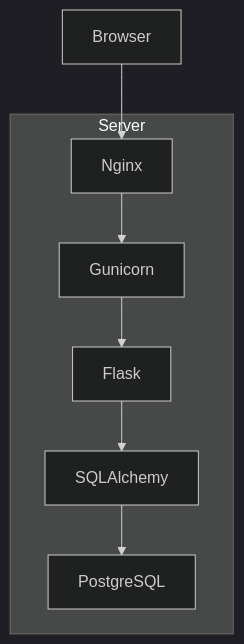
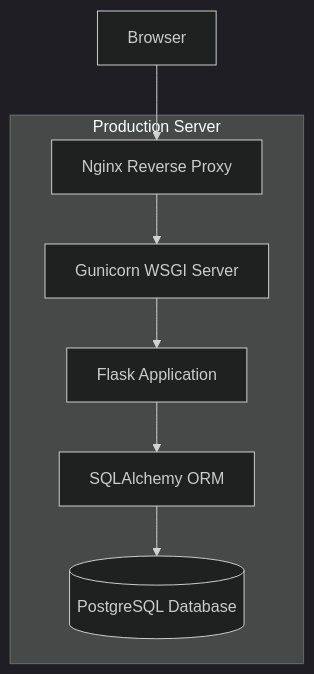
The first of 6 diagrams in README.md (Evgen242/auto-inventory), drawn with Mermaid (dark theme) before and after one commit. The commit also changed other lines of this file, not shown here.

````diff
--- a/README.md
+++ b/README.md
@@ -131,25 +174,26 @@
 ```mermaid
 flowchart TD
 
-    Browser
+    Client[Browser]
 
-    subgraph Server
+    subgraph Production Server
 
-        Nginx
+        Nginx[Nginx Reverse Proxy]
 
-        Gunicorn
+        Gunicorn[Gunicorn WSGI Server]
 
-        Flask
+        Flask[Flask Application]
 
-        SQLAlchemy
+        ORM[SQLAlchemy ORM]
 
-        PostgreSQL
+        PostgreSQL[(PostgreSQL Database)]
 
     end
 
-    Browser --> Nginx
+
+    Client --> Nginx
     Nginx --> Gunicorn
     Gunicorn --> Flask
-    Flask --> SQLAlchemy
-    SQLAlchemy --> PostgreSQL
+    Flask --> ORM
+    ORM --> PostgreSQL
 ```
````
